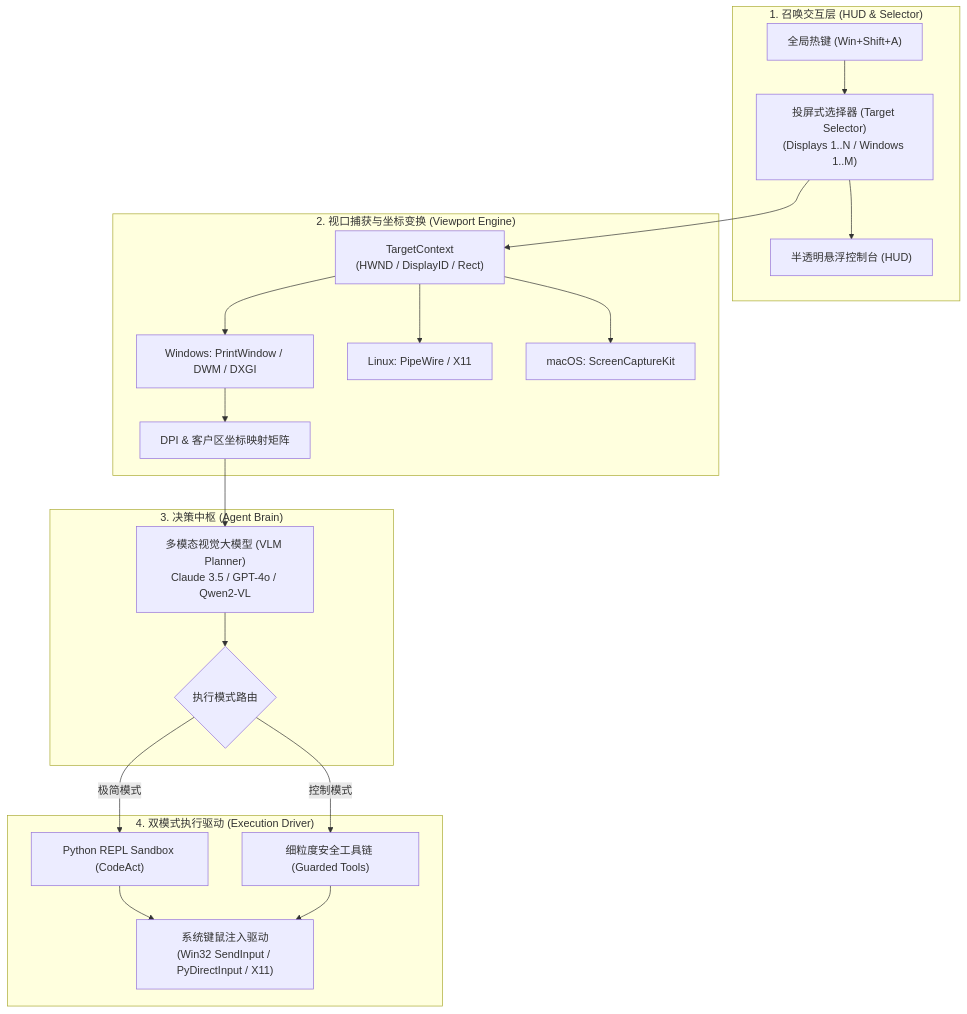
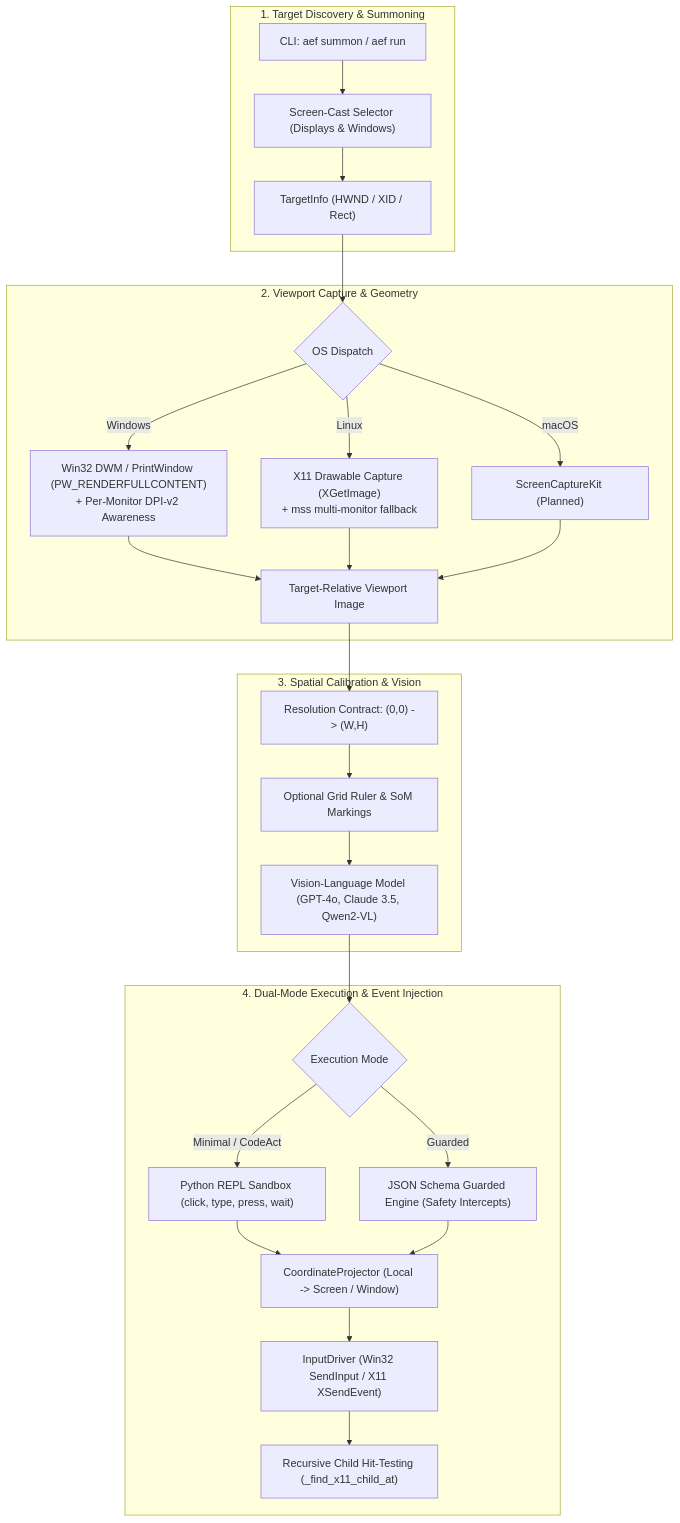
One commit to mcocdaa/AgentEverywhereFlow changed the diagram in README.md. Above: the diagram before and after it, drawn with Mermaid. The commit also changed other lines of this file and 11 other files, not shown here.

Commit message:
docs(repo): add bilingual READMEs, architecture specs, and open-source governance guidelines

````diff
--- a/README.md
+++ b/README.md
@@ -31,27 +41,33 @@
 ```mermaid
 flowchart TD
-    subgraph UI["1. 召唤交互层 (HUD & Selector)"]
-        Hotkey["全局热键 (Win+Shift+A)"] --> Picker["投屏式选择器 (Target Selector)<br/>(Displays 1..N / Windows 1..M)"]
-        Picker --> HUD["半透明悬浮控制台 (HUD)"]
+    subgraph UI["1. Target Discovery & Summoning"]
+        CLI["CLI: aef summon / aef run"] --> Selector["Screen-Cast Selector (Displays & Windows)"]
+        Selector --> Target["TargetInfo (HWND / XID / Rect)"]
     end
 
-    subgraph Capturer["2. 视口捕获与坐标变换 (Viewport Engine)"]
-        Picker --> Target["TargetContext<br/>(HWND / DisplayID / Rect)"]
-        Target --> WinEngine["Windows: PrintWindow / DWM / DXGI"]
-        Target --> LinEngine["Linux: PipeWire / X11"]
-        Target --> MacEngine["macOS: ScreenCaptureKit"]
-        WinEngine --> DPI["DPI & 客户区坐标映射矩阵"]
+    subgraph Perception["2. Viewport Capture & Geometry"]
+        Target --> CapturerRouter{"OS Dispatch"}
+        CapturerRouter -->|Windows| WinCap["Win32 DWM / PrintWindow (PW_RENDERFULLCONTENT)<br/>+ Per-Monitor DPI-v2 Awareness"]
+        CapturerRouter -->|Linux| LinCap["X11 Drawable Capture (XGetImage)<br/>+ mss multi-monitor fallback"]
+        CapturerRouter -->|macOS| MacCap["ScreenCaptureKit (Planned)"]
+        WinCap --> ViewportImg["Target-Relative Viewport Image"]
+        LinCap --> ViewportImg
+        MacCap --> ViewportImg
     end
 
-    subgraph Brain["3. 决策中枢 (Agent Brain)"]
-        DPI --> VLM["多模态视觉大模型 (VLM Planner)<br/>Claude 3.5 / GPT-4o / Qwen2-VL"]
-        VLM --> Router{"执行模式路由"}
+    subgraph Calibration["3. Spatial Calibration & Vision"]
+        ViewportImg --> Calib["Resolution Contract: (0,0) -> (W,H)"]
+        Calib --> Grid["Optional Grid Ruler & SoM Markings"]
+        Grid --> VLM["Vision-Language Model (GPT-4o, Claude 3.5, Qwen2-VL)"]
     end
 
-    subgraph Exec["4. 双模式执行驱动 (Execution Driver)"]
-        Router -->|极简模式| PythonREPL["Python REPL Sandbox (CodeAct)"]
-        Router -->|控制模式| Guarded["细粒度安全工具链 (Guarded Tools)"]
-        PythonREPL --> Driver["系统键鼠注入驱动<br/>(Win32 SendInput / PyDirectInput / X11)"]
-        Guarded --> Driver
+    subgraph Execution["4. Dual-Mode Execution & Event Injection"]
+        VLM --> Router{"Execution Mode"}
+        Router -->|Minimal / CodeAct| REPL["Python REPL Sandbox (click, type, press, wait)"]
+        Router -->|Guarded| GuardedEngine["JSON Schema Guarded Engine (Safety Intercepts)"]
+        REPL --> Projector["CoordinateProjector (Local -> Screen / Window)"]
+        GuardedEngine --> Projector
+        Projector --> Driver["InputDriver (Win32 SendInput / X11 XSendEvent)"]
+        Driver --> HitTest["Recursive Child Hit-Testing (_find_x11_child_at)"]
     end
 ```
````
